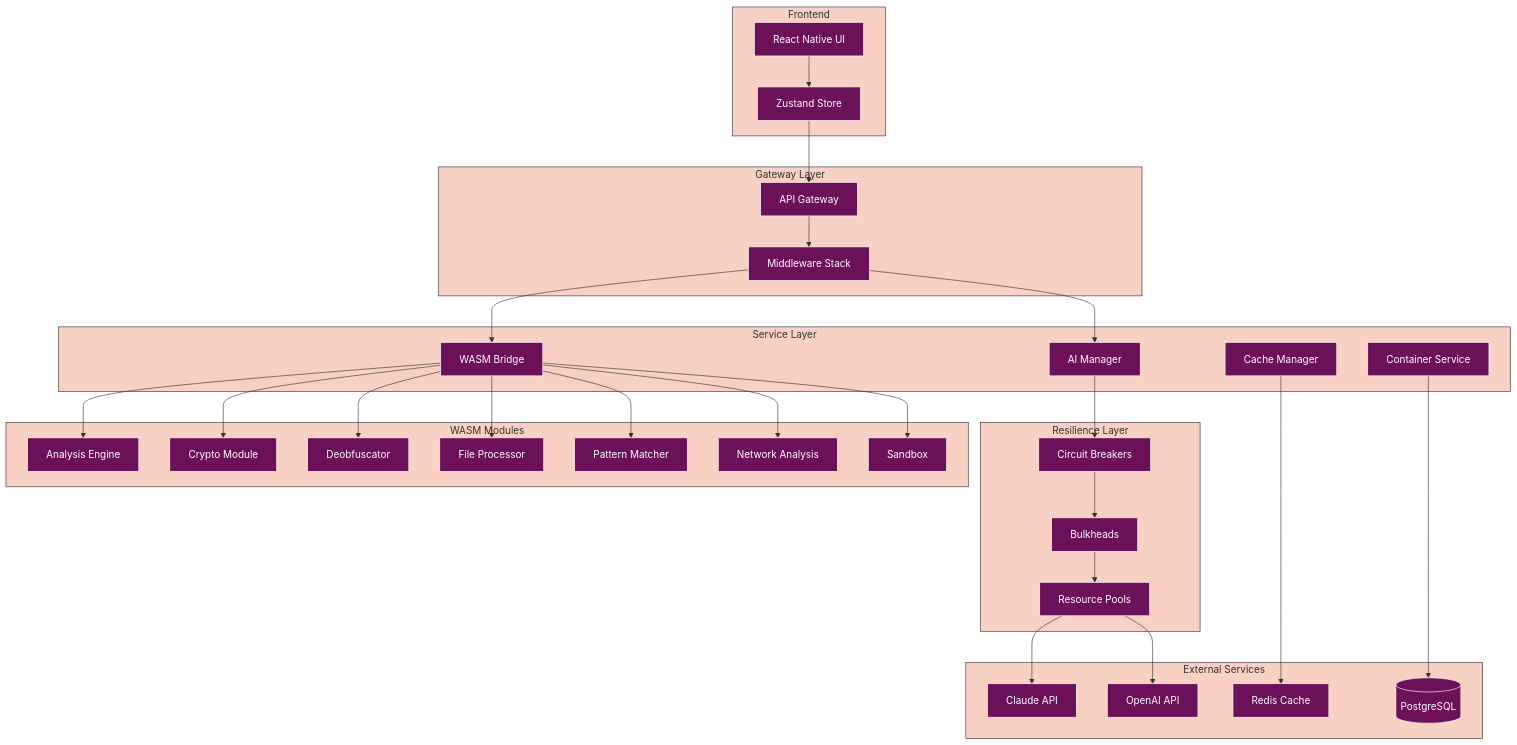
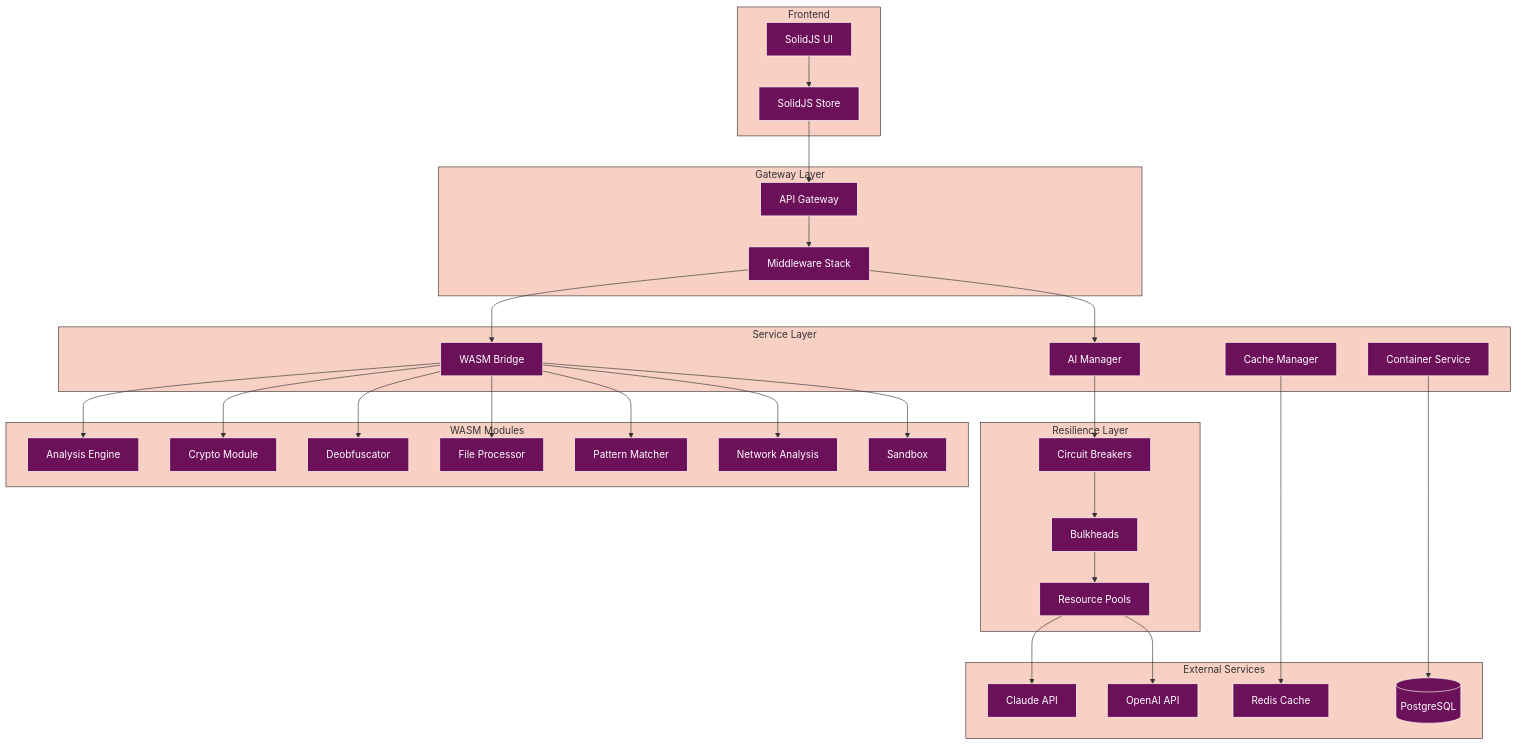
One commit to radicalkjax/Athena changed diagram 12 of 13 in docs/GETTING_STARTED.md. Above: the diagram before and after it, drawn with Mermaid. The commit also changed other lines of this file and 21 other files, not shown here.

```diff
--- a/docs/GETTING_STARTED.md
+++ b/docs/GETTING_STARTED.md
@@ -990,8 +996,8 @@
 }}%%
 graph TB
     subgraph "Frontend"
-        UI[React Native UI]
-        Store[Zustand Store]
+        UI[SolidJS UI]
+        Store[SolidJS Store]
     end
 
     subgraph "Gateway Layer"
```
